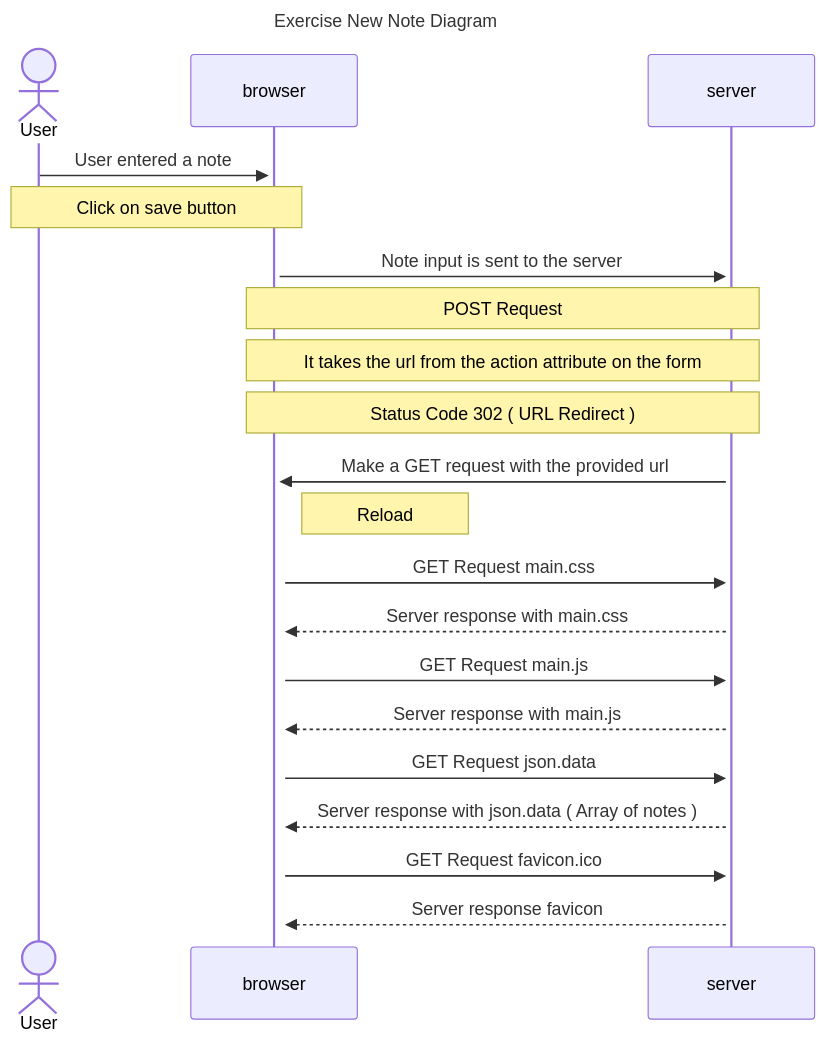
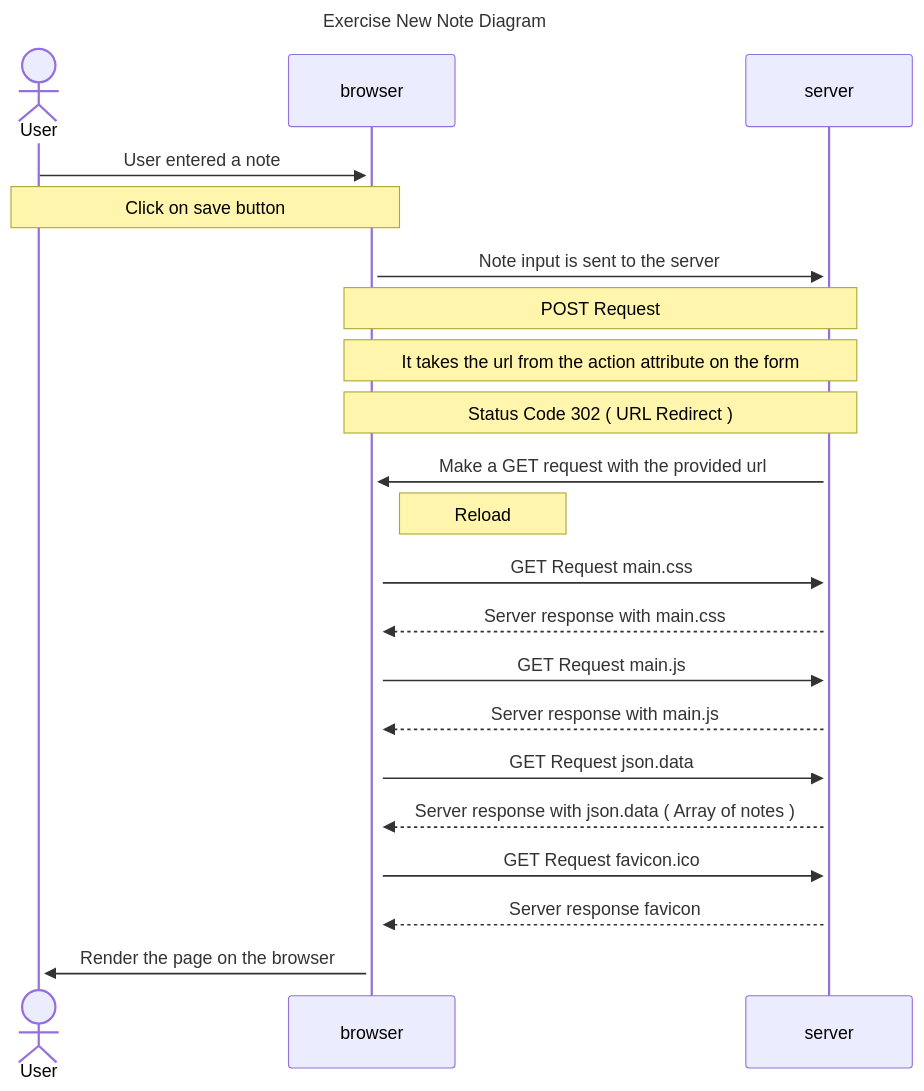
Before and after one commit to SheriefElnahas/full-stack-open-2023: the diagram in part0/0.4-new-note-diagram/README.md, drawn with Mermaid.

Commit message:
update exercise 0.4 readme file

````diff
--- a/part0/0.4-new-note-diagram/README.md
+++ b/part0/0.4-new-note-diagram/README.md
@@ -1,26 +1,27 @@
 ```mermaid
 sequenceDiagram
 title Exercise New Note Diagram
 actor User
 participant browser
 participant server
 
 
     User->>+browser: User entered a note
     Note over User,browser: Click on save button
     browser->>+server: Note input is sent to the server
     Note over browser,server: POST Request
     Note over browser,server: It takes the url from the action attribute on the form
     Note over browser,server: Status Code 302 ( URL Redirect )
     server->>+browser: Make a GET request with the provided url
     Note right of browser: Reload
     browser->>+server: GET Request  main.css
     server-->>browser: Server response with main.css
     browser->>+server: GET Request main.js
     server-->>browser: Server response with main.js
     browser->>+server: GET Request json.data
     server-->>browser: Server response with json.data ( Array of notes )
     browser->>+server: GET Request favicon.ico
     server-->>browser: Server response favicon
+    browser->>+User: Render the page on the browser
 
 ```
````
